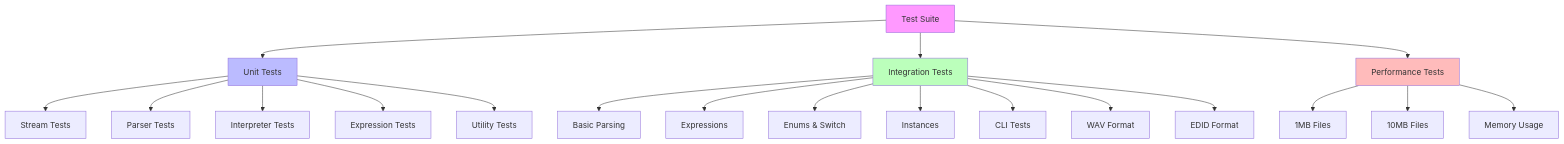
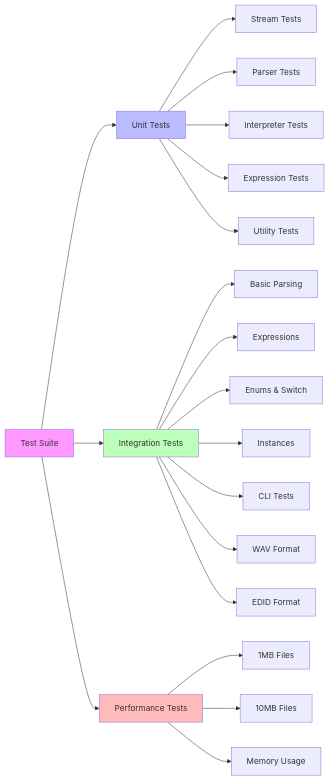
Before and after one commit to fabianopinto/kaitai-struct-ts: diagram 11 of 11 in docs/ARCHITECTURE.md, drawn with Mermaid. The commit also changed other lines of this file and 5 other files, not shown here.

First line of the commit message:
docs: add comprehensive API documentation and update architecture diagrams

````diff
--- a/docs/ARCHITECTURE.md
+++ b/docs/ARCHITECTURE.md
@@ -332,29 +364,29 @@
 ```mermaid
-graph TD
+graph LR
     A[Test Suite] --> B[Unit Tests]
     A --> C[Integration Tests]
     A --> D[Performance Tests]
 
     B --> B1[Stream Tests]
     B --> B2[Parser Tests]
     B --> B3[Interpreter Tests]
     B --> B4[Expression Tests]
     B --> B5[Utility Tests]
 
     C --> C1[Basic Parsing]
     C --> C2[Expressions]
     C --> C3[Enums & Switch]
     C --> C4[Instances]
     C --> C5[CLI Tests]
     C --> C6[WAV Format]
     C --> C7[EDID Format]
 
     D --> D1[1MB Files]
     D --> D2[10MB Files]
     D --> D3[Memory Usage]
 
     style A fill:#f9f
     style B fill:#bbf
     style C fill:#bfb
     style D fill:#fbb
 ```
````
